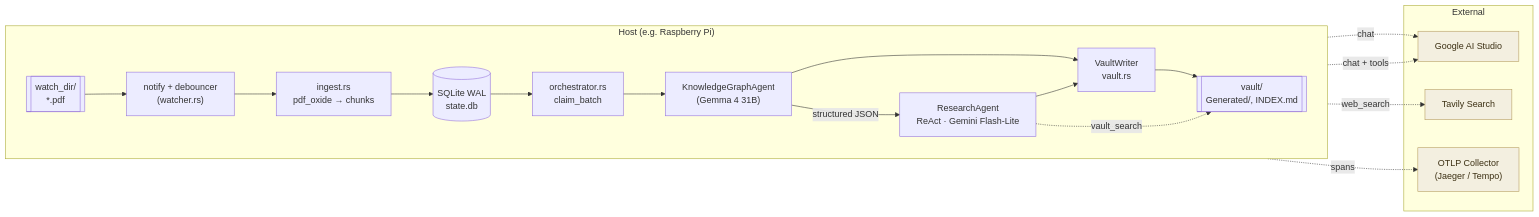
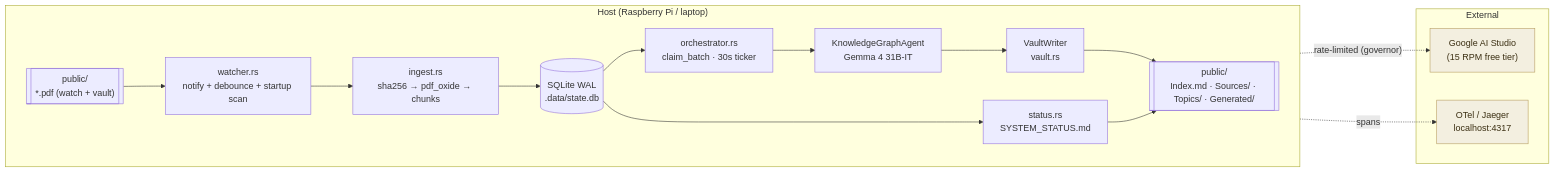
Before and after one commit to Rah-Rah-Mitra/Information-Lab: the first of 4 diagrams in README.md, drawn with Mermaid. The commit also changed other lines of this file and 15 other files, not shown here.

````diff
--- a/README.md
+++ b/README.md
@@ -15,38 +15,31 @@
 ```mermaid
 flowchart LR
-    subgraph HOST["Host (e.g. Raspberry Pi)"]
+    subgraph HOST["Host (Raspberry Pi / laptop)"]
         direction LR
-        WATCH[["watch_dir/<br/>*.pdf"]]
-        NOTIFY["notify + debouncer<br/>(watcher.rs)"]
-        INGEST["ingest.rs<br/>pdf_oxide → chunks"]
-        DB[(SQLite WAL<br/>state.db)]
-        BATCH["orchestrator.rs<br/>claim_batch"]
-        KG["KnowledgeGraphAgent<br/>(Gemma 4 31B)"]
-        RESEARCH["ResearchAgent<br/>ReAct · Gemini Flash-Lite"]
+        WATCH[["public/<br/>*.pdf (watch + vault)"]]
+        NOTIFY["watcher.rs<br/>notify + debounce + startup scan"]
+        INGEST["ingest.rs<br/>sha256 → pdf_oxide → chunks"]
+        DB[(SQLite WAL<br/>.data/state.db)]
+        ORCH["orchestrator.rs<br/>claim_batch · 30s ticker"]
+        KG["KnowledgeGraphAgent<br/>Gemma 4 31B-IT"]
         VAULT["VaultWriter<br/>vault.rs"]
-        OBSIDIAN[["vault/<br/>Generated/, INDEX.md"]]
+        STATUS["status.rs<br/>SYSTEM_STATUS.md"]
+        OBSIDIAN[["public/<br/>Index.md · Sources/ · Topics/ · Generated/"]]
     end
 
     subgraph EXT["External"]
-        GOOGLE["Google AI Studio"]
-        TAVILY["Tavily Search"]
-        OTLP["OTLP Collector<br/>(Jaeger / Tempo)"]
+        GOOGLE["Google AI Studio<br/>(15 RPM free tier)"]
+        OTLP["OTel / Jaeger<br/>localhost:4317"]
     end
 
     WATCH --> NOTIFY --> INGEST --> DB
-    DB --> BATCH --> KG
-    KG -->|structured JSON| RESEARCH
-    KG --> VAULT
-    RESEARCH --> VAULT
-    VAULT --> OBSIDIAN
+    DB --> ORCH --> KG
+    KG --> VAULT --> OBSIDIAN
+    DB --> STATUS --> OBSIDIAN
 
-    KG -. chat .-> GOOGLE
-    RESEARCH -. chat + tools .-> GOOGLE
-    RESEARCH -. web_search .-> TAVILY
-    RESEARCH -. vault_search .-> OBSIDIAN
-
+    KG -. rate-limited (governor) .-> GOOGLE
     HOST -. spans .-> OTLP
 
     classDef ext fill:#f3efe0,stroke:#b59b5e,color:#3b2f12
-    class GOOGLE,TAVILY,OTLP ext
+    class GOOGLE,OTLP ext
 ```
````
